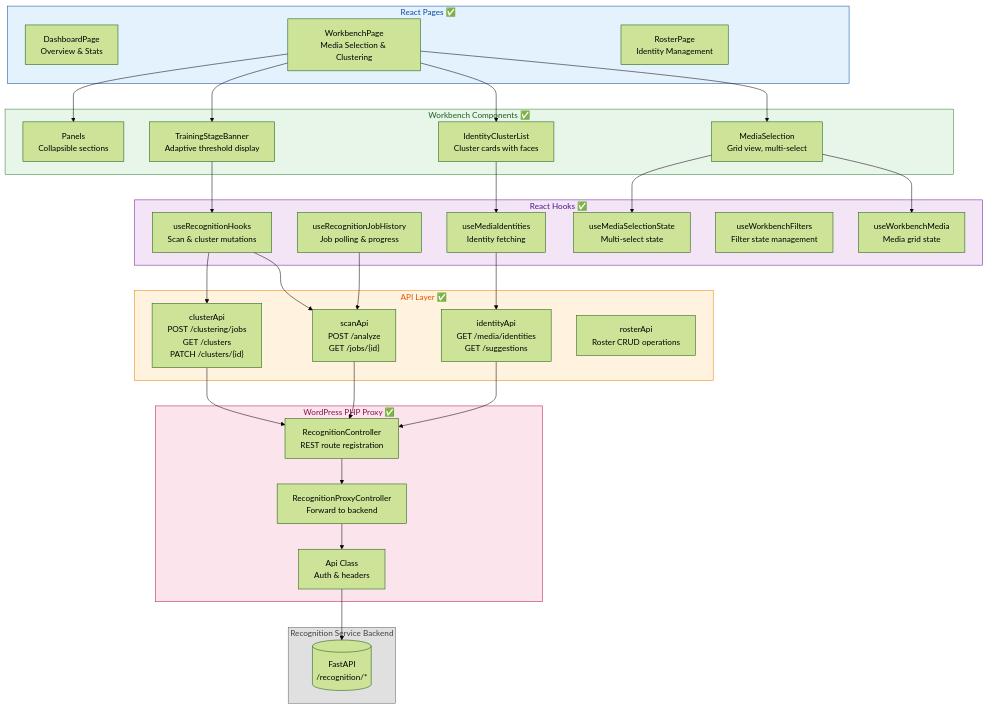
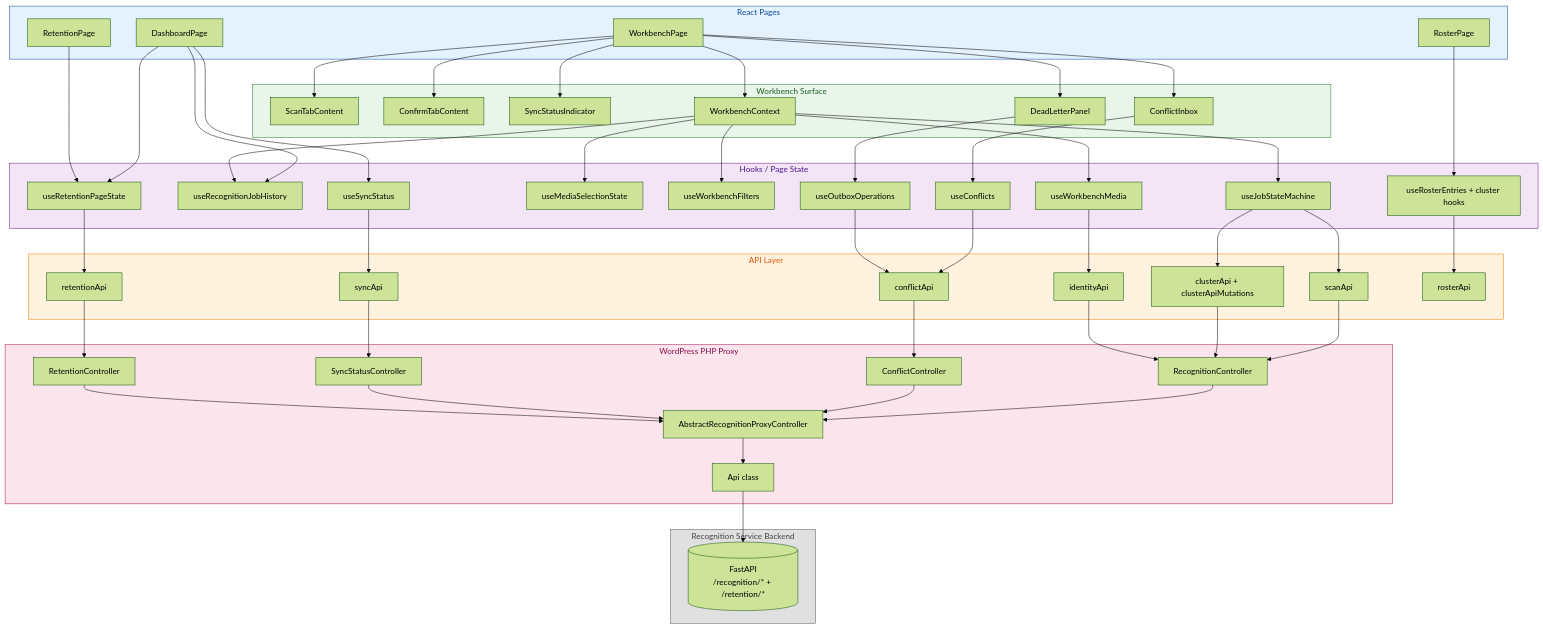
One commit to darce/context-alt-text-monorepo changed the diagram in docs/agentic/diagrams/frontend-uml/master.mmd. Above: the diagram before and after it, drawn with Mermaid (forest theme). The commit also changed 31 other files, not shown here.

```diff
--- a/docs/agentic/diagrams/frontend-uml/master.mmd
+++ b/docs/agentic/diagrams/frontend-uml/master.mmd
@@ -1,82 +1,104 @@
+graph TB
+    %% Updated: 2026-03-28
 
-graph TB
-    %% =======================================================================
-    %% WORDPRESS PLUGIN FRONTEND V4.2.4 - MASTER OVERVIEW
-    %% Updated: December 6, 2025
-    %% Status: Core implementation complete
-    %% =======================================================================
-
-    subgraph Pages["React Pages ✅"]
-        Dashboard["DashboardPage<br/>Overview & Stats"]
-        Workbench["WorkbenchPage<br/>Media Selection & Clustering"]
-        Roster["RosterPage<br/>Identity Management"]
+    subgraph Pages["React Pages"]
+        Dashboard["DashboardPage"]
+        Workbench["WorkbenchPage"]
+        Roster["RosterPage"]
+        Retention["RetentionPage"]
     end
 
-    subgraph WorkbenchComponents["Workbench Components ✅"]
-        MediaSelection["MediaSelection<br/>Grid view, multi-select"]
-        IdentityClusterList["IdentityClusterList<br/>Cluster cards with faces"]
-        TrainingBanner["TrainingStageBanner<br/>Adaptive threshold display"]
-        Panels["Panels<br/>Collapsible sections"]
+    subgraph WorkbenchSurface["Workbench Surface"]
+        ScanTab["ScanTabContent"]
+        ConfirmTab["ConfirmTabContent"]
+        SyncIndicator["SyncStatusIndicator"]
+        ConflictInbox["ConflictInbox"]
+        DeadLetter["DeadLetterPanel"]
+        WorkbenchContext["WorkbenchContext"]
     end
 
-    subgraph APILayer["API Layer ✅"]
-        ScanApi["scanApi<br/>POST /analyze<br/>GET /jobs/{id}"]
-        ClusterApi["clusterApi<br/>POST /clustering/jobs<br/>GET /clusters<br/>PATCH /clusters/{id}"]
-        IdentityApi["identityApi<br/>GET /media/identities<br/>GET /suggestions"]
-        RosterApi["rosterApi<br/>Roster CRUD operations"]
+    subgraph APILayer["API Layer"]
+        ScanApi["scanApi"]
+        ClusterApi["clusterApi + clusterApiMutations"]
+        IdentityApi["identityApi"]
+        ConflictApi["conflictApi"]
+        SyncApi["syncApi"]
+        RetentionApi["retentionApi"]
+        RosterApi["rosterApi"]
     end
 
-    subgraph Hooks["React Hooks ✅"]
-        UseRecognition["useRecognitionHooks<br/>Scan & cluster mutations"]
-        UseJobHistory["useRecognitionJobHistory<br/>Job polling & progress"]
-        UseMediaIdentities["useMediaIdentities<br/>Identity fetching"]
-        UseWorkbenchMedia["useWorkbenchMedia<br/>Media grid state"]
-        UseFilters["useWorkbenchFilters<br/>Filter state management"]
-        UseSelection["useMediaSelectionState<br/>Multi-select state"]
+    subgraph Hooks["Hooks / Page State"]
+        JobState["useJobStateMachine"]
+        JobHistory["useRecognitionJobHistory"]
+        WorkbenchMedia["useWorkbenchMedia"]
+        Selection["useMediaSelectionState"]
+        Filters["useWorkbenchFilters"]
+        SyncStatus["useSyncStatus"]
+        Conflicts["useConflicts"]
+        OutboxOps["useOutboxOperations"]
+        RetentionState["useRetentionPageState"]
+        RosterHooks["useRosterEntries + cluster hooks"]
     end
 
-    subgraph PHPProxy["WordPress PHP Proxy ✅"]
-        RecognitionController["RecognitionController<br/>REST route registration"]
-        ProxyController["RecognitionProxyController<br/>Forward to backend"]
-        ApiClass["Api Class<br/>Auth & headers"]
+    subgraph PHPProxy["WordPress PHP Proxy"]
+        RecognitionController["RecognitionController"]
+        BaseProxy["AbstractRecognitionProxyController"]
+        ConflictController["ConflictController"]
+        SyncController["SyncStatusController"]
+        RetentionController["RetentionController"]
+        ApiClass["Api class"]
     end
 
     subgraph Backend["Recognition Service Backend"]
-        BackendAPI[("FastAPI<br/>/recognition/*")]
+        BackendAPI[("FastAPI<br/>/recognition/* + /retention/*")]
     end
 
-    %% Page to Component connections
-    Workbench --> MediaSelection
-    Workbench --> IdentityClusterList
-    Workbench --> TrainingBanner
-    Workbench --> Panels
+    Workbench --> WorkbenchContext
+    Workbench --> ScanTab
+    Workbench --> ConfirmTab
+    Workbench --> SyncIndicator
+    Workbench --> ConflictInbox
+    Workbench --> DeadLetter
 
-    %% Component to Hook connections
-    MediaSelection --> UseWorkbenchMedia
-    MediaSelection --> UseSelection
-    IdentityClusterList --> UseMediaIdentities
-    TrainingBanner --> UseRecognition
+    Dashboard --> JobHistory
+    Dashboard --> SyncStatus
+    Dashboard --> RetentionState
+    WorkbenchContext --> JobHistory
+    WorkbenchContext --> WorkbenchMedia
+    WorkbenchContext --> Selection
+    WorkbenchContext --> Filters
+    WorkbenchContext --> JobState
+    ConflictInbox --> Conflicts
+    DeadLetter --> OutboxOps
+    Retention --> RetentionState
+    Roster --> RosterHooks
 
-    %% Hook to API connections
-    UseRecognition --> ScanApi
-    UseRecognition --> ClusterApi
-    UseJobHistory --> ScanApi
-    UseMediaIdentities --> IdentityApi
+    JobState --> ScanApi
+    JobState --> ClusterApi
+    WorkbenchMedia --> IdentityApi
+    SyncStatus --> SyncApi
+    Conflicts --> ConflictApi
+    OutboxOps --> ConflictApi
+    RetentionState --> RetentionApi
+    RosterHooks --> RosterApi
 
-    %% API to Proxy connections
     ScanApi --> RecognitionController
     ClusterApi --> RecognitionController
     IdentityApi --> RecognitionController
-    RecognitionController --> ProxyController
-    ProxyController --> ApiClass
+    ConflictApi --> ConflictController
+    SyncApi --> SyncController
+    RetentionApi --> RetentionController
 
-    %% Proxy to Backend
+    RecognitionController --> BaseProxy
+    ConflictController --> BaseProxy
+    SyncController --> BaseProxy
+    RetentionController --> BaseProxy
+    BaseProxy --> ApiClass
     ApiClass --> BackendAPI
 
-    %% Styling
     style Pages fill:#e3f2fd,stroke:#0d47a1,color:#0d47a1
-    style WorkbenchComponents fill:#e8f5e9,stroke:#2e7d32,color:#1b5e20
+    style WorkbenchSurface fill:#e8f5e9,stroke:#2e7d32,color:#1b5e20
     style APILayer fill:#fff3e0,stroke:#f57c00,color:#e65100
     style Hooks fill:#f3e5f5,stroke:#6a1b9a,color:#4a148c
     style PHPProxy fill:#fce4ec,stroke:#ad1457,color:#880e4f
     style Backend fill:#e0e0e0,stroke:#616161,color:#424242
```
